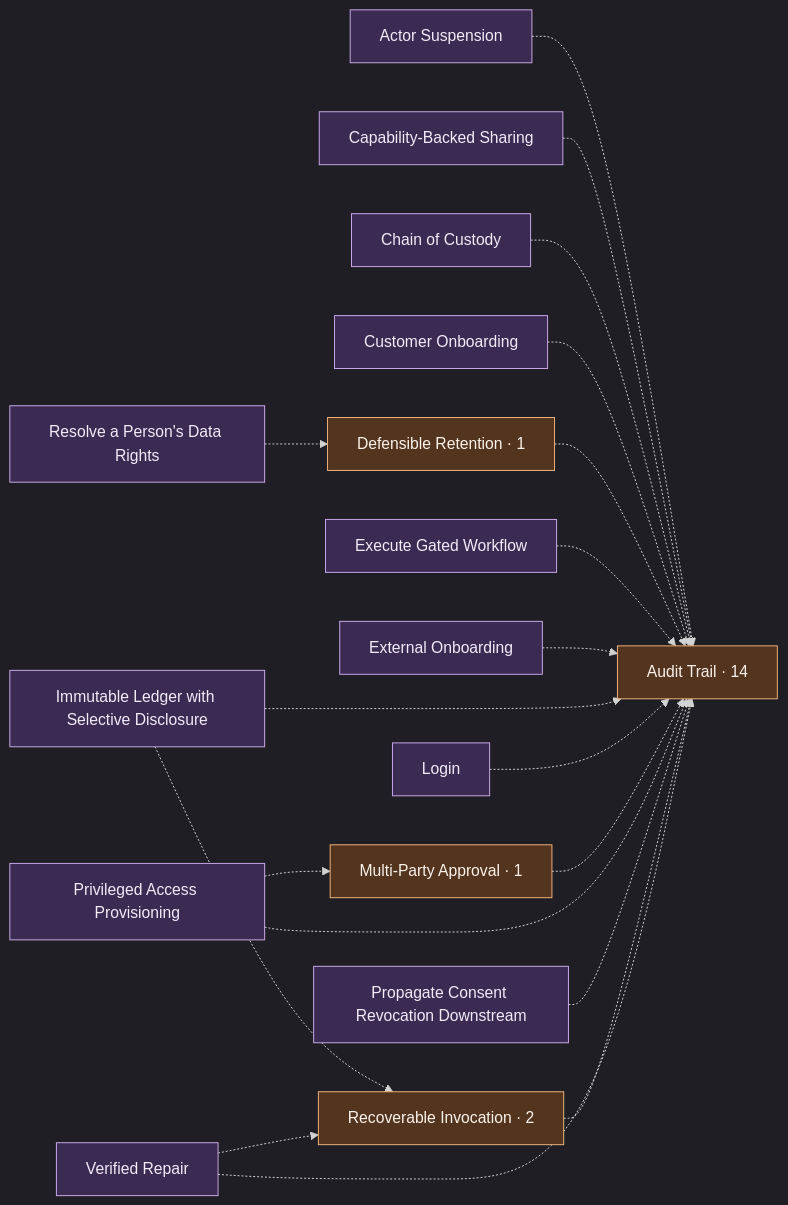
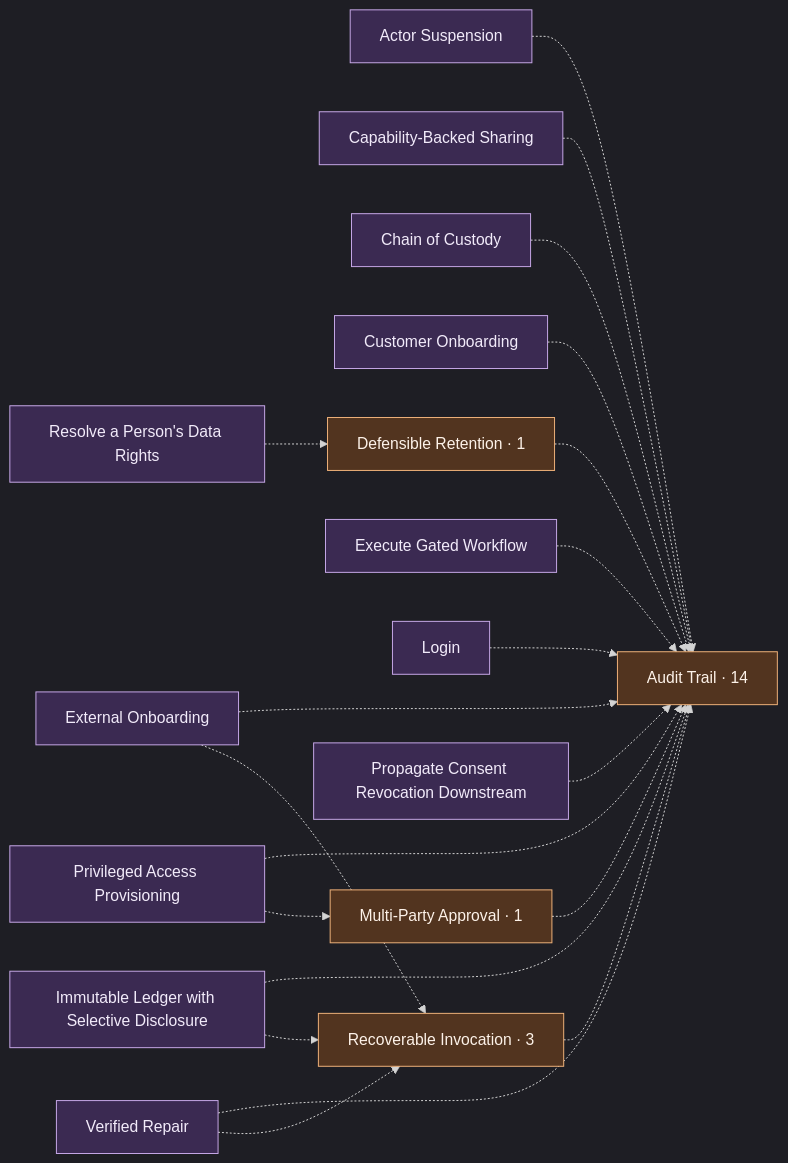
One commit to scottromack/grace-commons changed the first of 2 diagrams in graph.md. Above: the diagram before and after it, drawn with Mermaid. The commit also changed other lines of this file and 25 other files, not shown here.

````diff
--- a/graph.md
+++ b/graph.md
@@ -78,42 +78,43 @@
 ```mermaid
 %%{init: {"theme": "dark", "flowchart": {"htmlLabels": true}} }%%
 flowchart LR
   actor_suspension["Actor Suspension"]
   audit_trail["Audit Trail · 14"]
   capability_backed_sharing["Capability-Backed Sharing"]
   chain_of_custody["Chain of Custody"]
   customer_onboarding["Customer Onboarding"]
   defensible_retention["Defensible Retention · 1"]
   execute_gated_workflow["Execute Gated Workflow"]
   external_onboarding["External Onboarding"]
   immutable_ledger["Immutable Ledger with Selective Disclosure"]
   login["Login"]
   multi_party_approval["Multi-Party Approval · 1"]
   privileged_access_provisioning["Privileged Access Provisioning"]
   propagate_consent_revocation_downstream["Propagate Consent Revocation Downstream"]
-  recoverable_invocation["Recoverable Invocation · 2"]
+  recoverable_invocation["Recoverable Invocation · 3"]
   resolve_a_persons_data_rights["Resolve a Person's Data Rights"]
   verified_repair["Verified Repair"]
   actor_suspension -.-> audit_trail
   capability_backed_sharing -.-> audit_trail
   chain_of_custody -.-> audit_trail
   customer_onboarding -.-> audit_trail
   defensible_retention -.-> audit_trail
   execute_gated_workflow -.-> audit_trail
   external_onboarding -.-> audit_trail
+  external_onboarding -.-> recoverable_invocation
   immutable_ledger -.-> audit_trail
   immutable_ledger -.-> recoverable_invocation
   login -.-> audit_trail
   multi_party_approval -.-> audit_trail
   privileged_access_provisioning -.-> audit_trail
   privileged_access_provisioning -.-> multi_party_approval
   propagate_consent_revocation_downstream -.-> audit_trail
   recoverable_invocation -.-> audit_trail
   resolve_a_persons_data_rights -.-> defensible_retention
   verified_repair -.-> audit_trail
   verified_repair -.-> recoverable_invocation
   classDef comp fill:#3b2a52,stroke:#c7a8e8,color:#f2ebfa;
   classDef spine fill:#52341f,stroke:#f0b27a,color:#fdf2e9;
   class actor_suspension,audit_trail,capability_backed_sharing,chain_of_custody,customer_onboarding,defensible_retention,execute_gated_workflow,external_onboarding,immutable_ledger,login,multi_party_approval,privileged_access_provisioning,propagate_consent_revocation_downstream,recoverable_invocation,resolve_a_persons_data_rights,verified_repair comp;
   class audit_trail,defensible_retention,multi_party_approval,recoverable_invocation spine;
 ```
````
